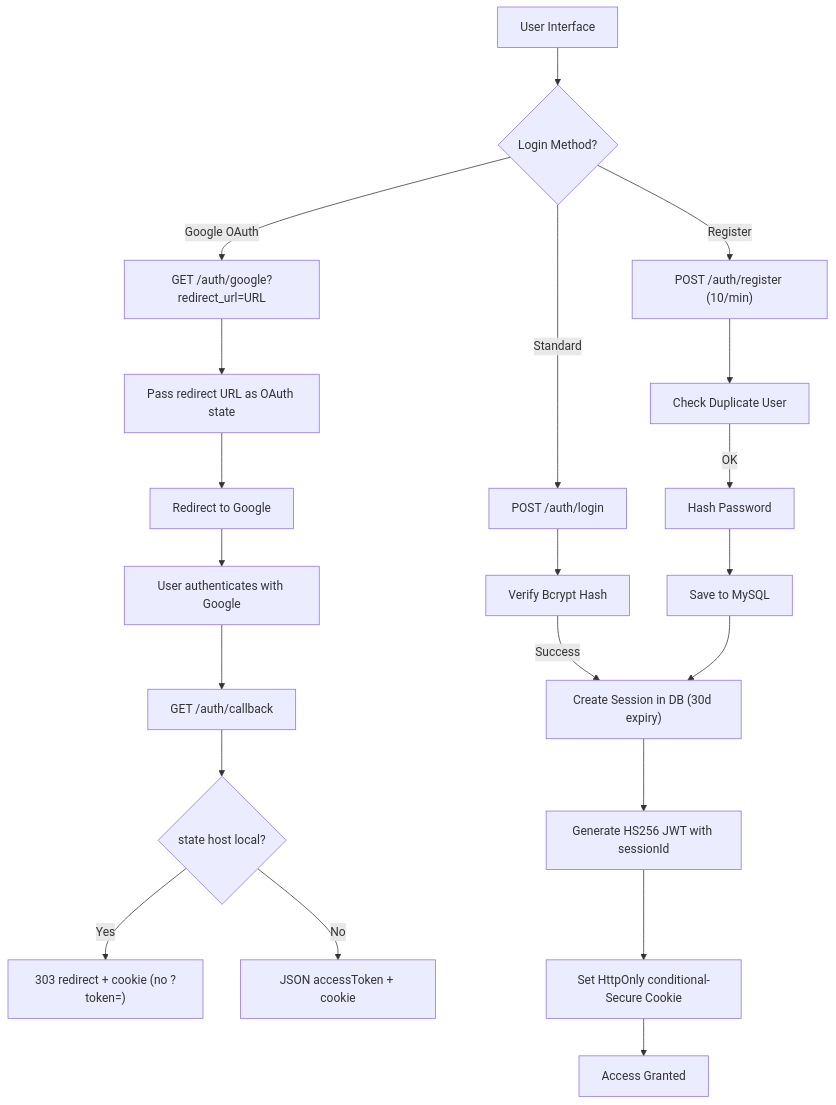
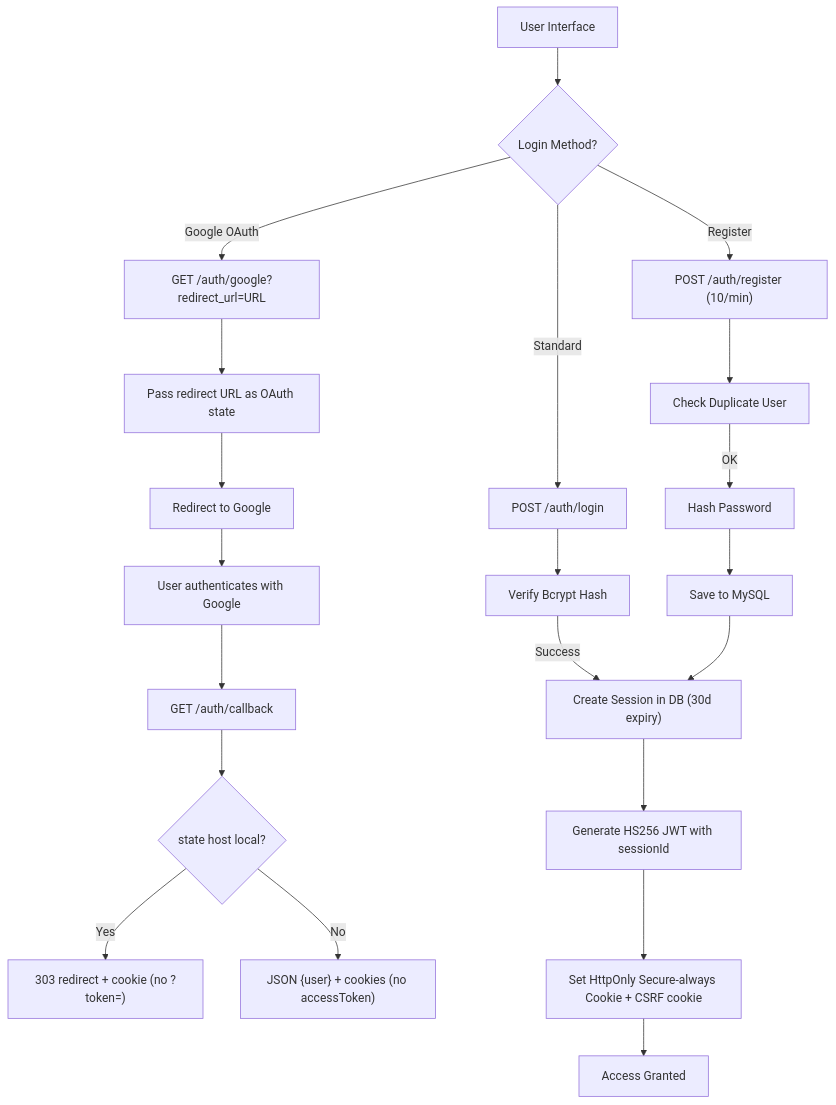
The diagram in docs/authentication.md (mansa-team/server), drawn with Mermaid before and after one commit. The commit also changed other lines of this file and 1 other file, not shown here.

Commit message:
document secure cookies csrf service token and stocks env

````diff
--- a/docs/authentication.md
+++ b/docs/authentication.md
@@ -144,27 +187,27 @@
 ```mermaid
 graph TD
     User["User Interface"] --> Start{Login Method?}
 
     Start -- Standard --> Login["POST /auth/login"]
     Login --> Verify["Verify Bcrypt Hash"]
     Verify -- Success --> CreateSession["Create Session in DB (30d expiry)"]
     CreateSession --> JWT["Generate HS256 JWT with sessionId"]
 
     Start -- Google OAuth --> GLogin["GET /auth/google?redirect_url=URL"]
     GLogin --> State["Pass redirect URL as OAuth state"]
     State --> GRedirect["Redirect to Google"]
     GRedirect --> GAuth["User authenticates with Google"]
     GAuth --> GCallback["GET /auth/callback"]
     GCallback --> Allowlist{"state host local?"}
     Allowlist -- Yes --> CookieRedirect["303 redirect + cookie (no ?token=)"]
-    Allowlist -- No --> JSONFallback["JSON accessToken + cookie"]
+    Allowlist -- No --> JSONFallback["JSON {user} + cookies (no accessToken)"]
 
     Start -- Register --> Reg["POST /auth/register (10/min)"]
     Reg --> Valid["Check Duplicate User"]
     Valid -- OK --> Hash["Hash Password"]
     Hash --> Save["Save to MySQL"]
     Save --> CreateSession
 
-    JWT --> Cookie["Set HttpOnly conditional-Secure Cookie"]
+    JWT --> Cookie["Set HttpOnly Secure-always Cookie + CSRF cookie"]
     Cookie --> Home["Access Granted"]
 ```
````
